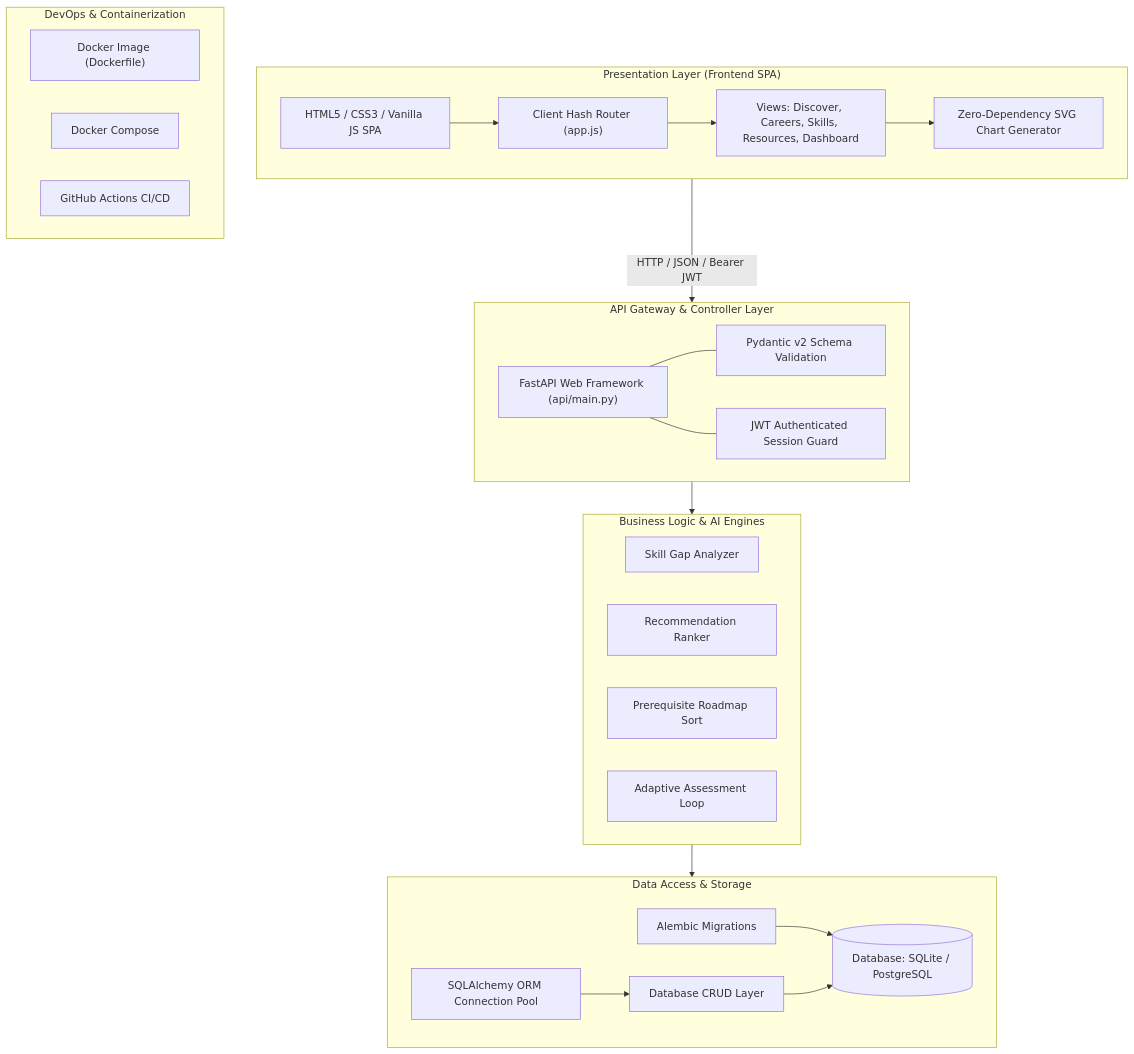
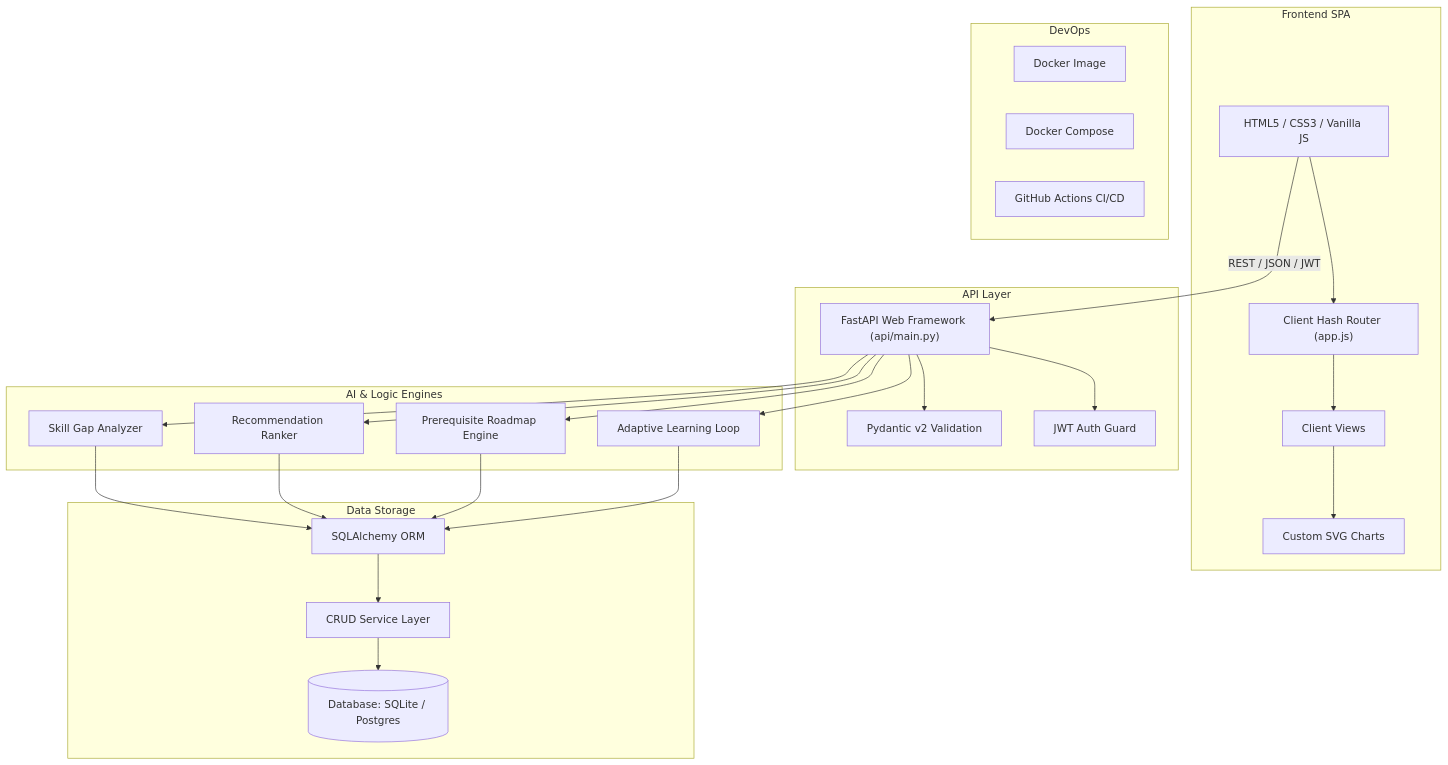
One commit to bhabana2504/PathFinder changed the first of 2 diagrams in Readme.md. Above: the diagram before and after it, drawn with Mermaid. The commit also changed other lines of this file, not shown here.

Commit message:
docs: clean up README headers, remove emojis and fix Mermaid flowchart syntax

````diff
--- a/Readme.md
+++ b/Readme.md
@@ -29,47 +27,51 @@
 ```mermaid
 flowchart TD
-    subgraph Frontend["Presentation Layer (Frontend SPA)"]
-        UI["HTML5 / CSS3 / Vanilla JS SPA"]
+    subgraph Frontend [Frontend SPA]
+        UI["HTML5 / CSS3 / Vanilla JS"]
         Router["Client Hash Router (app.js)"]
-        Views["Views: Discover, Careers, Skills, Resources, Dashboard"]
-        SVG["Zero-Dependency SVG Chart Generator"]
+        Views["Client Views"]
+        SVG["Custom SVG Charts"]
         UI --> Router
         Router --> Views
         Views --> SVG
     end
 
-    subgraph Backend["API Gateway & Controller Layer"]
+    subgraph Backend [API Layer]
         FastAPI["FastAPI Web Framework (api/main.py)"]
-        Pydantic["Pydantic v2 Schema Validation"]
-        AuthGuard["JWT Authenticated Session Guard"]
-        FastAPI --- Pydantic
-        FastAPI --- AuthGuard
+        Pydantic["Pydantic v2 Validation"]
+        AuthGuard["JWT Auth Guard"]
+        FastAPI --> Pydantic
+        FastAPI --> AuthGuard
     end
 
-    subgraph Engines["Business Logic & AI Engines"]
+    subgraph Engines [AI & Logic Engines]
         GapEngine["Skill Gap Analyzer"]
         RecEngine["Recommendation Ranker"]
-        PathEngine["Prerequisite Roadmap Sort"]
-        AdaptiveEngine["Adaptive Assessment Loop"]
+        PathEngine["Prerequisite Roadmap Engine"]
+        AdaptiveEngine["Adaptive Learning Loop"]
     end
 
-    subgraph DataLayer["Data Access & Storage"]
-        ORM["SQLAlchemy ORM Connection Pool"]
-        CRUD["Database CRUD Layer"]
-        Migrations["Alembic Migrations"]
-        DB[("Database: SQLite / PostgreSQL")]
+    subgraph Storage [Data Storage]
+        ORM["SQLAlchemy ORM"]
+        CRUD["CRUD Service Layer"]
+        DB[("Database: SQLite / Postgres")]
         ORM --> CRUD
-        Migrations --> DB
         CRUD --> DB
     end
 
-    subgraph DevOps["DevOps & Containerization"]
-        Docker["Docker Image (Dockerfile)"]
+    subgraph DevOps [DevOps]
+        Docker["Docker Image"]
         Compose["Docker Compose"]
         CI["GitHub Actions CI/CD"]
     end
 
-    Frontend -->|HTTP / JSON / Bearer JWT| Backend
-    Backend --> Engines
-    Engines --> DataLayer
+    UI -->|REST / JSON / JWT| FastAPI
+    FastAPI --> GapEngine
+    FastAPI --> RecEngine
+    FastAPI --> PathEngine
+    FastAPI --> AdaptiveEngine
+    GapEngine --> ORM
+    RecEngine --> ORM
+    PathEngine --> ORM
+    AdaptiveEngine --> ORM
 ```
````
